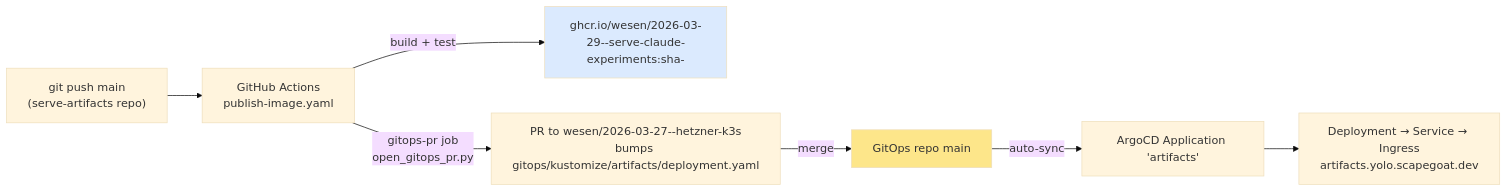
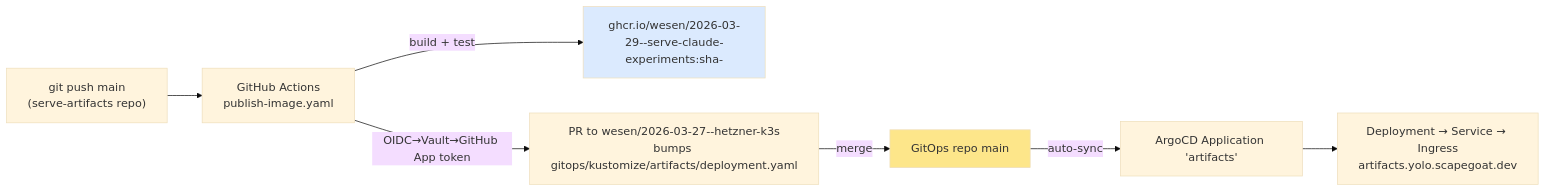
One commit to wesen/2026-03-29--serve-claude-experiments changed the second of 3 diagrams in ttmp/2026/07/14/SERVE-20260714-DEPLOY--deploy-serve-artifacts-to-k3s-stateful-pvcs-seeding-write-token-secret-and-off-node-backups/design/01-deploying-serve-artifacts-to-k3s-analysis-design-and-implementation-guide.md. Above: the diagram before and after it, drawn with Mermaid (base theme). The commit also changed other lines of this file and 3 other files, not shown here.

First line of the commit message:
ci: migrate GitOps PR auth to GitHub-App-via-Vault (drop GITOPS_PR_TOKEN PAT)

````diff
--- a/ttmp/2026/07/14/SERVE-20260714-DEPLOY--deploy-serve-artifacts-to-k3s-stateful-pvcs-seeding-write-token-secret-and-off-node-backups/design/01-deploying-serve-artifacts-to-k3s-analysis-design-and-implementation-guide.md
+++ b/ttmp/2026/07/14/SERVE-20260714-DEPLOY--deploy-serve-artifacts-to-k3s-stateful-pvcs-seeding-write-token-secret-and-off-node-backups/design/01-deploying-serve-artifacts-to-k3s-analysis-design-and-implementation-guide.md
@@ -106,11 +106,11 @@
 ```mermaid
 flowchart LR
   DEV["git push main\n(serve-artifacts repo)"] --> CI["GitHub Actions\npublish-image.yaml"]
   CI -->|build + test| IMG["ghcr.io/wesen/2026-03-29--serve-claude-experiments:sha-<short>"]
-  CI -->|gitops-pr job\nopen_gitops_pr.py| PR["PR to wesen/2026-03-27--hetzner-k3s\nbumps gitops/kustomize/artifacts/deployment.yaml"]
+  CI -->|OIDC→Vault→GitHub App token| PR["PR to wesen/2026-03-27--hetzner-k3s\nbumps gitops/kustomize/artifacts/deployment.yaml"]
   PR -->|merge| GIT["GitOps repo main"]
   GIT -->|auto-sync| ARGO["ArgoCD Application 'artifacts'"]
   ARGO --> K8S["Deployment → Service → Ingress\nartifacts.yolo.scapegoat.dev"]
   style IMG fill:#dbeafe
   style GIT fill:#fde68a
 ```
````
